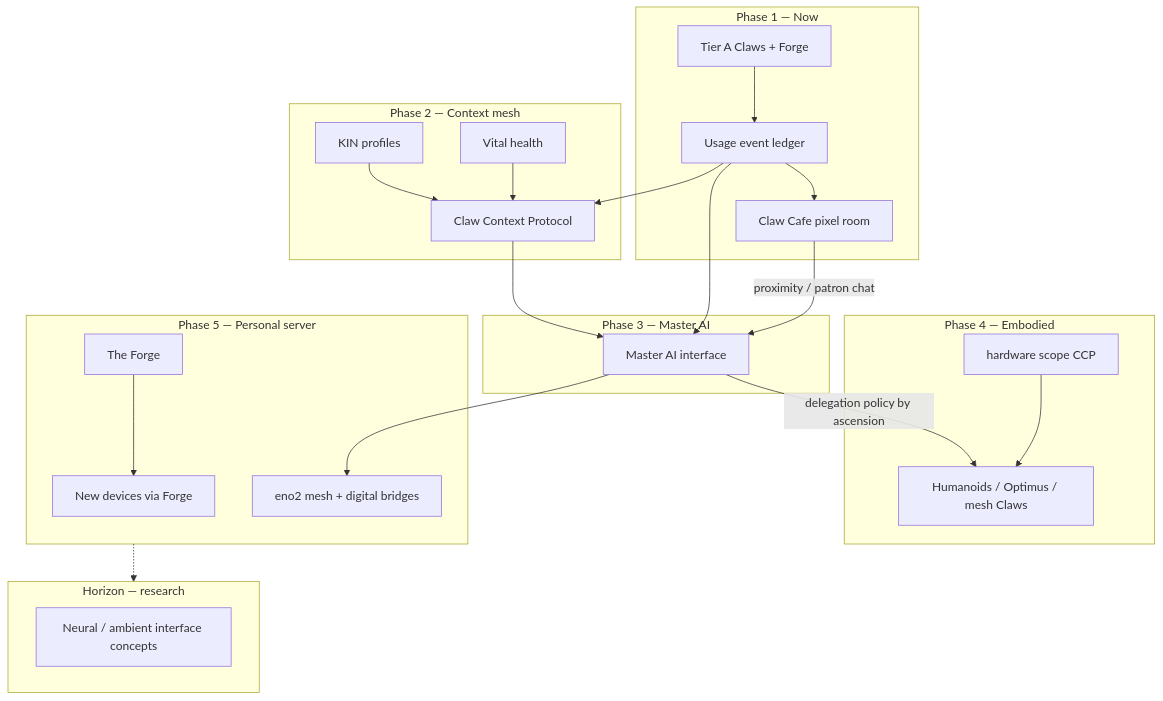
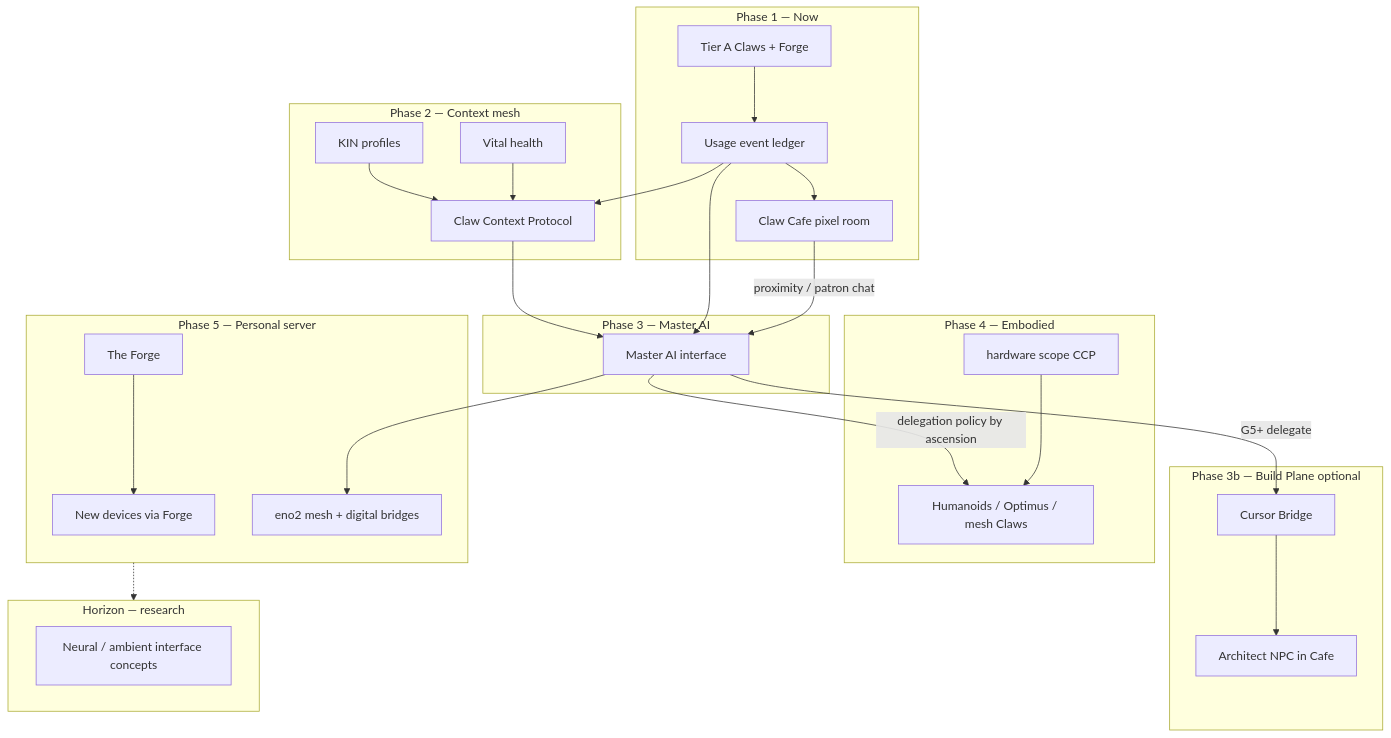
The diagram in docs/curxor-os/CLAW-CAFE-PRD.md (ankurmisra1982/curxor-os), drawn with Mermaid before and after one commit. The commit also changed other lines of this file and 33 other files, not shown here.

First line of the commit message:
Add Build Plane BP0 settings and Cafe bridge-linked status.

````diff
--- a/docs/curxor-os/CLAW-CAFE-PRD.md
+++ b/docs/curxor-os/CLAW-CAFE-PRD.md
@@ -258,40 +259,46 @@
 ```mermaid
 flowchart TB
   subgraph phase1 [Phase 1 — Now]
     CAFE[Claw Cafe pixel room]
     EVENTS[Usage event ledger]
     APPS[Tier A Claws + Forge]
     APPS --> EVENTS --> CAFE
   end
   subgraph phase2 [Phase 2 — Context mesh]
     CCP[Claw Context Protocol]
     KIN[KIN profiles]
     VIT[Vital health]
     EVENTS --> CCP
     KIN --> CCP
     VIT --> CCP
   end
   subgraph phase3 [Phase 3 — Master AI]
     MASTER[Master AI interface]
     CCP --> MASTER
     EVENTS --> MASTER
     CAFE -->|proximity / patron chat| MASTER
   end
+  subgraph phase3b [Phase 3b — Build Plane optional]
+    BRIDGE[Cursor Bridge]
+    ARCH[Architect NPC in Cafe]
+    MASTER -->|G5+ delegate| BRIDGE
+    BRIDGE --> ARCH
+  end
   subgraph phase4 [Phase 4 — Embodied]
     HW[hardware scope CCP]
     OPT[Humanoids / Optimus / mesh Claws]
     MASTER -->|delegation policy by ascension| OPT
     HW --> OPT
   end
   subgraph phase5 [Phase 5 — Personal server]
     DEV[New devices via Forge]
     MESH[eno2 mesh + digital bridges]
     FORGE[The Forge]
     FORGE --> DEV
     MASTER --> MESH
   end
   subgraph horizon [Horizon — research]
     NL[Neural / ambient interface concepts]
   end
   phase5 -.-> horizon
 ```
````
